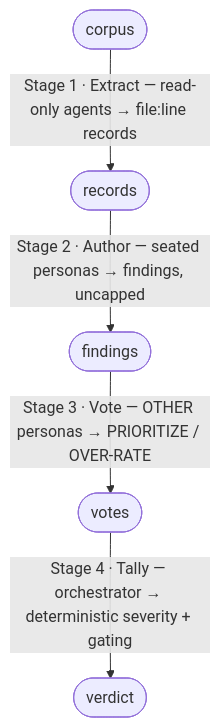
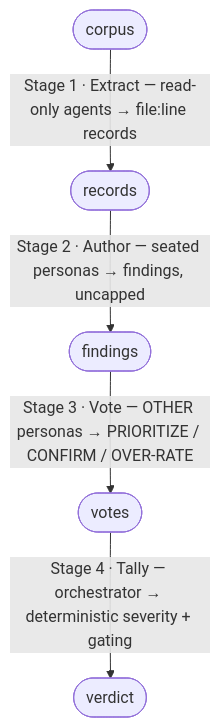
One commit to zaytsevand/chorus changed the diagram in skill/chorus/GATE-PRIMITIVE.md. Above: the diagram before and after it, drawn with Mermaid. The commit also changed other lines of this file and 9 other files, not shown here.

````diff
--- a/skill/chorus/GATE-PRIMITIVE.md
+++ b/skill/chorus/GATE-PRIMITIVE.md
@@ -17,7 +17,7 @@
 ```mermaid
 flowchart TD
     corpus([corpus]) -->|"Stage 1 · Extract — read-only agents → file:line records"| records([records])
     records -->|"Stage 2 · Author — seated personas → findings, uncapped"| findings([findings])
-    findings -->|"Stage 3 · Vote — OTHER personas → PRIORITIZE / OVER-RATE"| votes([votes])
+    findings -->|"Stage 3 · Vote — OTHER personas → PRIORITIZE / CONFIRM / OVER-RATE"| votes([votes])
     votes -->|"Stage 4 · Tally — orchestrator → deterministic severity + gating"| verdict([verdict])
 ```
````
